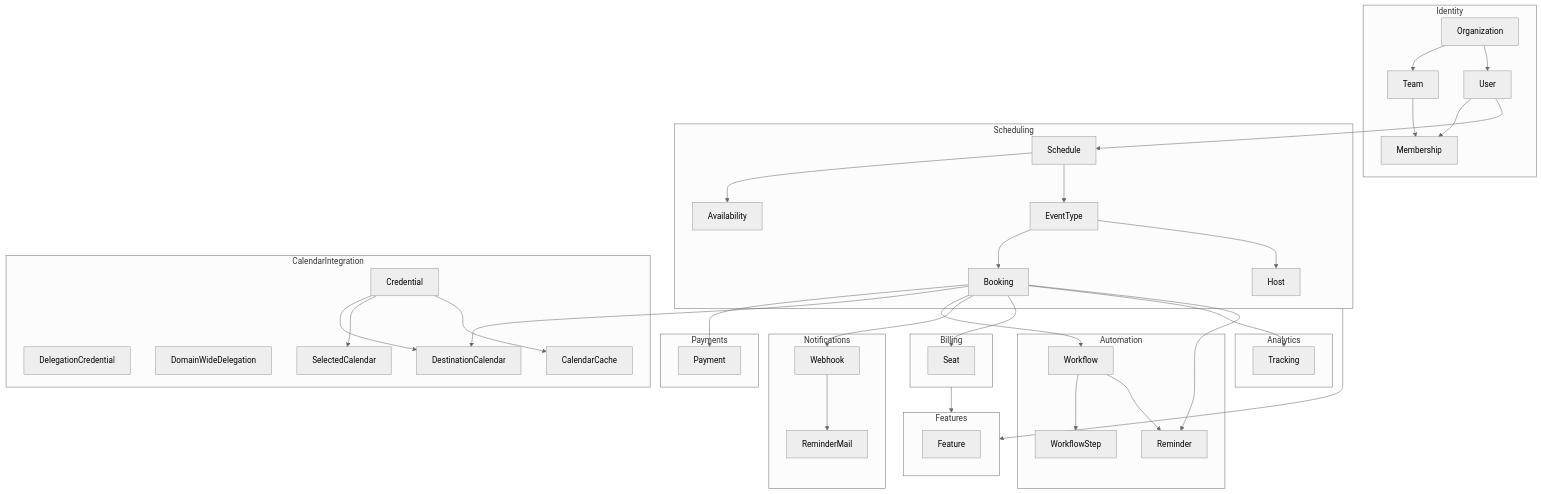
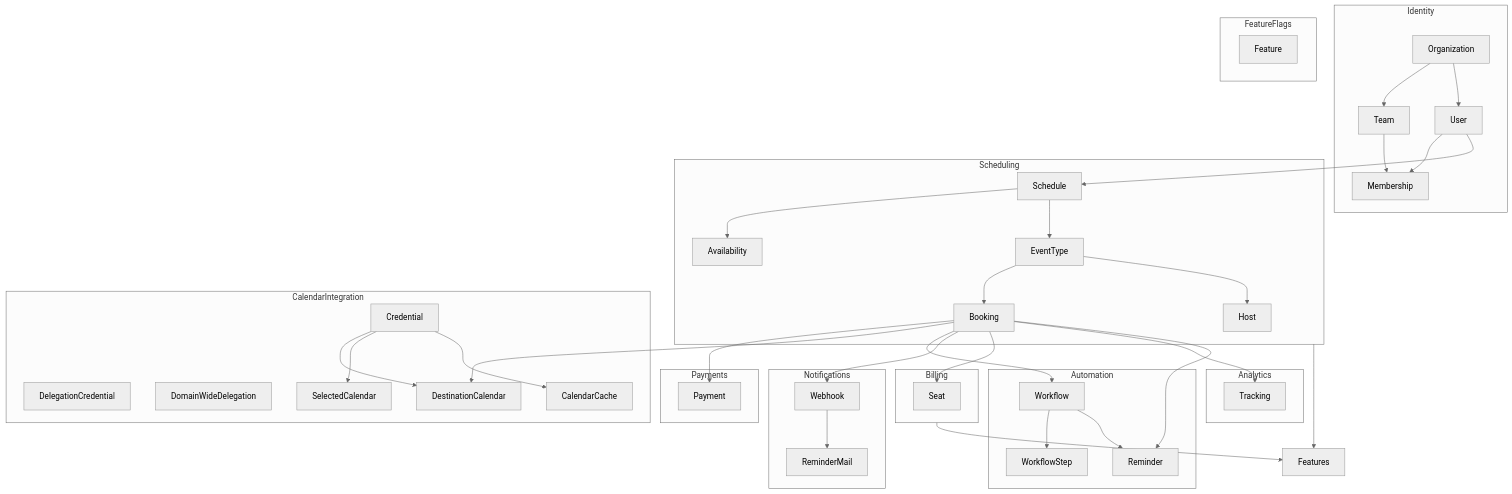
One commit to evan-liu/cal.com.alt changed the first of 2 diagrams in packages/shared/infra-db/README.md. Above: the diagram before and after it, drawn with Mermaid (neutral theme). The commit also changed other lines of this file and 6 other files, not shown here.

Commit message:
🗃️ Split DB schema into separate modules for identity and scheduling

```diff
--- a/packages/shared/infra-db/README.md
+++ b/packages/shared/infra-db/README.md
@@ -77,8 +77,8 @@
     Seat
   end
 
-  %% Features
-  subgraph Features
+  %% Feature Flags
+  subgraph FeatureFlags
     Feature
   end
 
```
